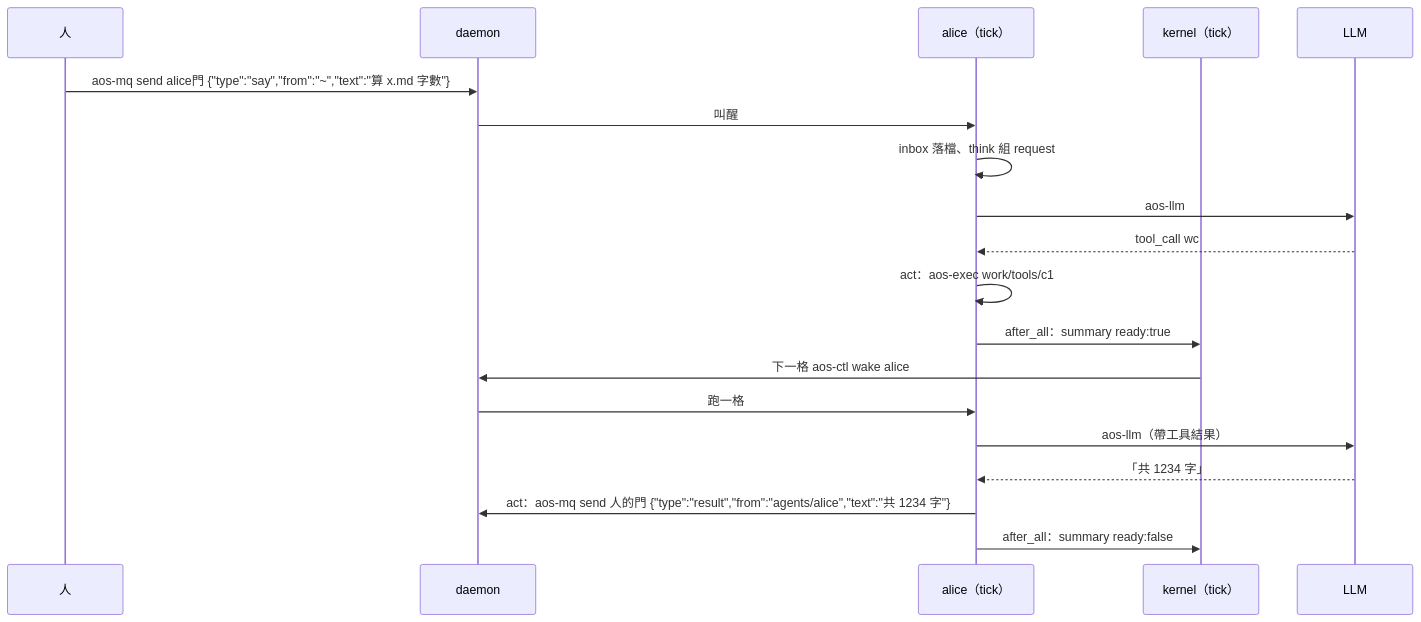
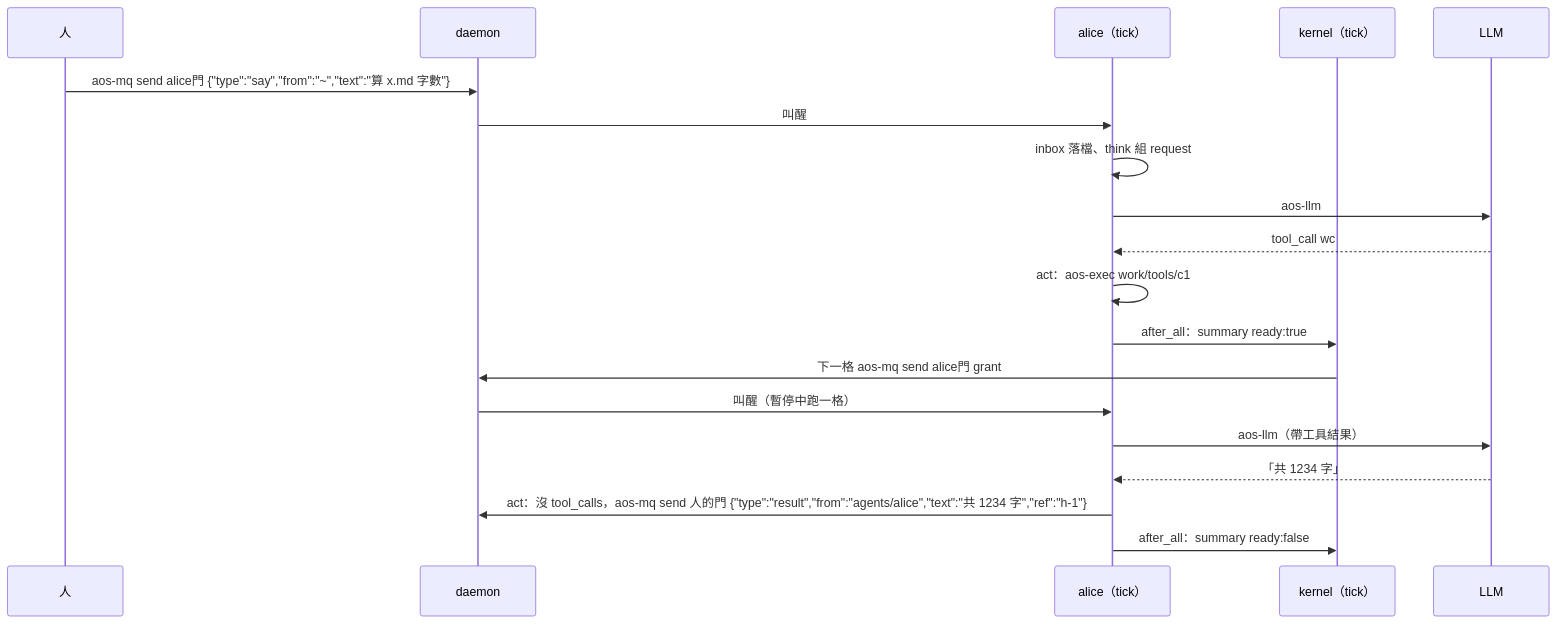
One commit to justty32/aos changed the second of 2 diagrams in proto6/notes/proposals/2026-10-02-agent/05-生命週期.md. Above: the diagram before and after it, drawn with Mermaid. The commit also changed other lines of this file and 9 other files, not shown here.

````diff
--- a/proto6/notes/proposals/2026-10-02-agent/05-生命週期.md
+++ b/proto6/notes/proposals/2026-10-02-agent/05-生命週期.md
@@ -43,21 +44,21 @@
 ```mermaid
 sequenceDiagram
   participant H as 人
   participant D as daemon
   participant A as alice（tick）
   participant K as kernel（tick）
   participant M as LLM
   H->>D: aos-mq send alice門 {"type":"say","from":"~","text":"算 x.md 字數"}
   D->>A: 叫醒
   A->>A: inbox 落檔、think 組 request
   A->>M: aos-llm
   M-->>A: tool_call wc
   A->>A: act：aos-exec work/tools/c1
   A->>K: after_all：summary ready:true
-  K->>D: 下一格 aos-ctl wake alice
-  D->>A: 跑一格
+  K->>D: 下一格 aos-mq send alice門 grant
+  D->>A: 叫醒（暫停中跑一格）
   A->>M: aos-llm（帶工具結果）
   M-->>A: 「共 1234 字」
-  A->>D: act：aos-mq send 人的門 {"type":"result","from":"agents/alice","text":"共 1234 字"}
+  A->>D: act：沒 tool_calls，aos-mq send 人的門 {"type":"result","from":"agents/alice","text":"共 1234 字","ref":"h-1"}
   A->>K: after_all：summary ready:false
 ```
````
